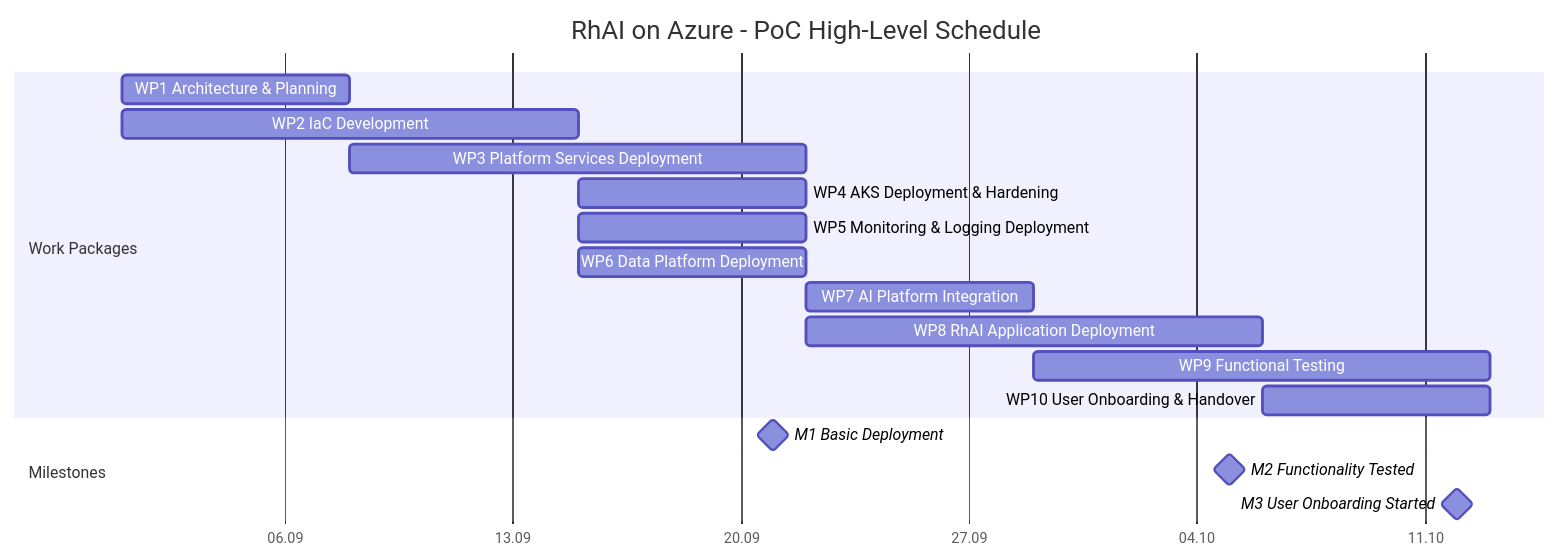
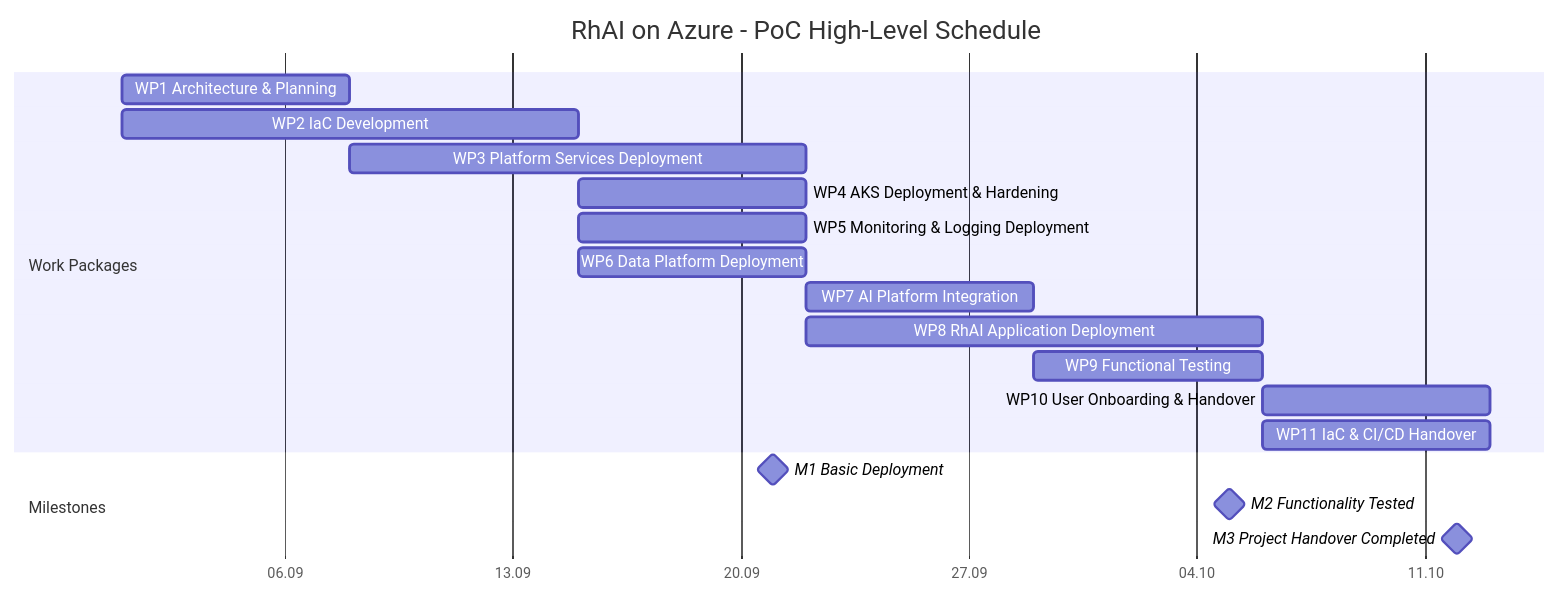
Before and after one commit to bkloeppe81/rhai_azure_pilot_offer: the second of 2 diagrams in project_plan.md, drawn with Mermaid. The commit also changed other lines of this file, not shown here.

````diff
--- a/project_plan.md
+++ b/project_plan.md
@@ -481,23 +749,24 @@
 ```mermaid
 gantt
     title RhAI on Azure - PoC High-Level Schedule
     dateFormat YYYY-MM-DD
     axisFormat %d.%m
 
     section Work Packages
     WP1 Architecture & Planning           :wp1, 2026-09-01, 7d
     WP2 IaC Development                   :wp2, 2026-09-01, 14d
-    WP3 Platform Services Deployment      :wp4, 2026-09-08, 14d
-    WP4 AKS Deployment & Hardening        :wp3, 2026-09-15, 7d
+    WP3 Platform Services Deployment      :wp3, 2026-09-08, 14d
+    WP4 AKS Deployment & Hardening        :wp4, 2026-09-15, 7d
     WP5 Monitoring & Logging Deployment   :wp5, 2026-09-15, 7d
     WP6 Data Platform Deployment          :wp6, 2026-09-15, 7d
     WP7 AI Platform Integration           :wp7, 2026-09-22, 7d
     WP8 RhAI Application Deployment       :wp8, 2026-09-22, 14d
-    WP9 Functional Testing                :wp9, 2026-09-29, 14d
+    WP9 Functional Testing                :wp9, 2026-09-29, 7d
     WP10 User Onboarding & Handover       :wp10, 2026-10-06, 7d
+    WP11 IaC & CI/CD Handover             :wp11, 2026-10-06, 7d
 
     section Milestones
     M1 Basic Deployment                   :milestone, m1, 2026-09-21, 0d
     M2 Functionality Tested               :milestone, m2, 2026-10-05, 0d
-    M3 User Onboarding Started            :milestone, m3, 2026-10-12, 0d
+    M3 Project Handover Completed         :milestone, m3, 2026-10-12, 0d
 ```
````
